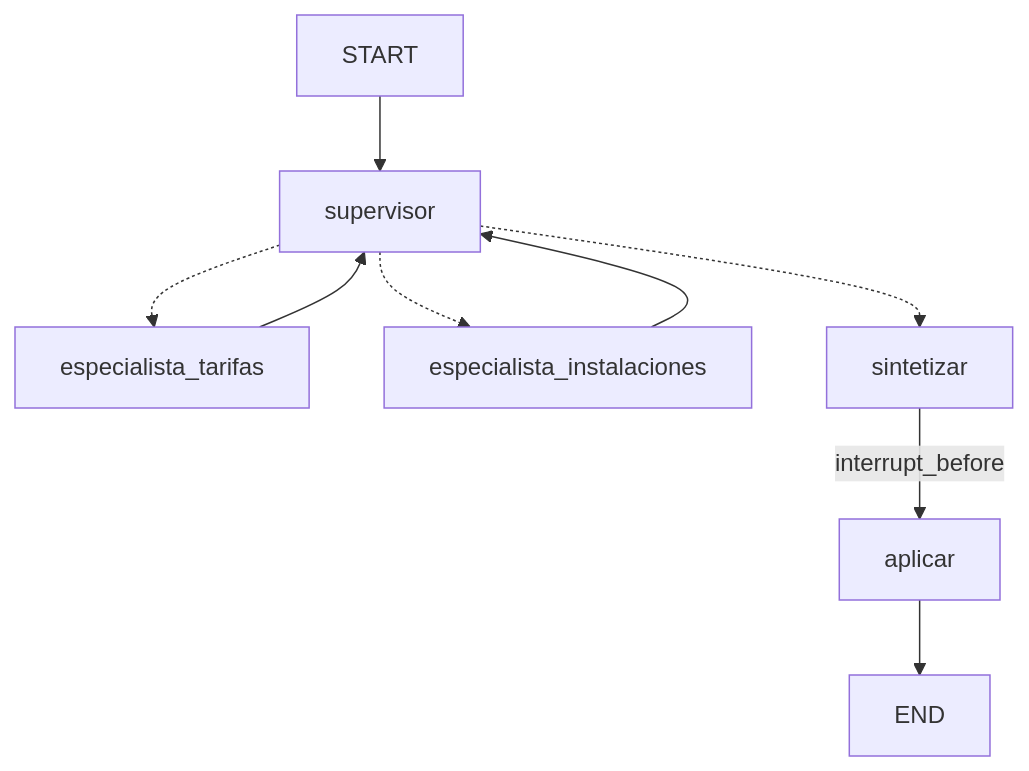
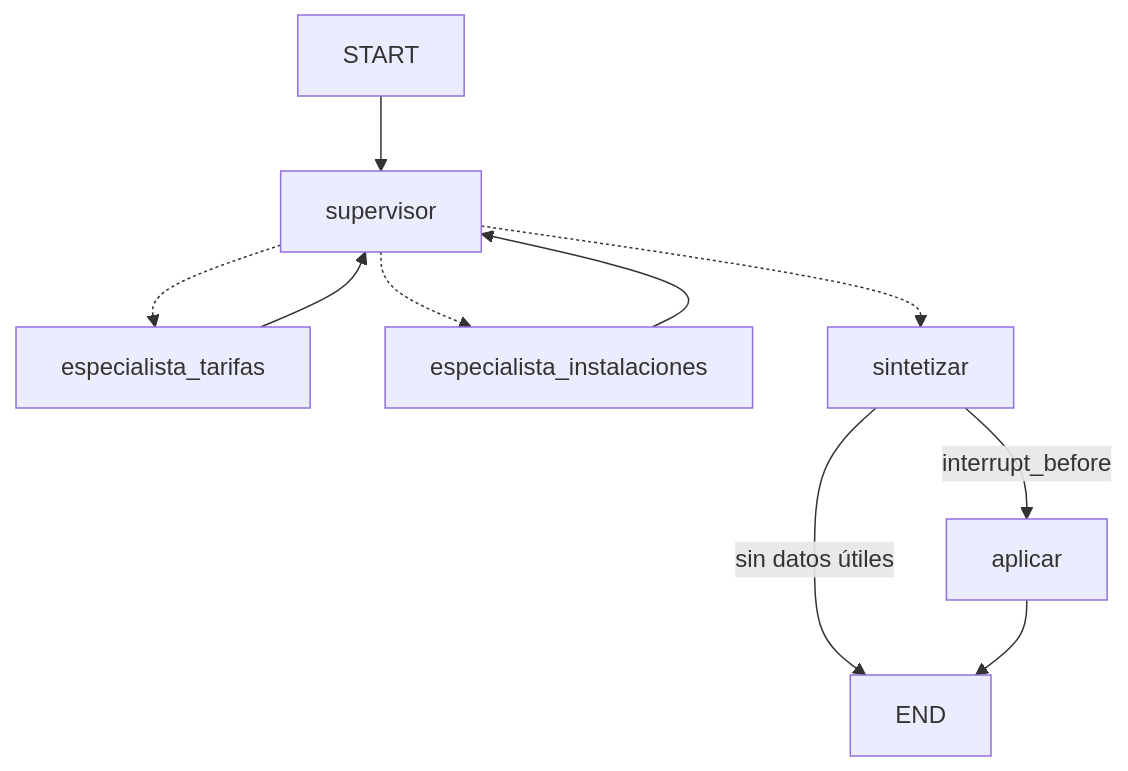
Before and after one commit to davide96a/proyect-break-2-equipo-04: the diagram in specs/grafo.md, drawn with Mermaid. The commit also changed other lines of this file and 1 other file, not shown here.

````diff
--- a/specs/grafo.md
+++ b/specs/grafo.md
@@ -7,11 +7,12 @@
 ```mermaid
 graph TD
   START --> supervisor
   supervisor -.-> especialista_tarifas
   supervisor -.-> especialista_instalaciones
   supervisor -.-> sintetizar
   especialista_tarifas --> supervisor
   especialista_instalaciones --> supervisor
   sintetizar -->|interrupt_before| aplicar
+  sintetizar -->|sin datos útiles| END
   aplicar --> END
 ```
````
